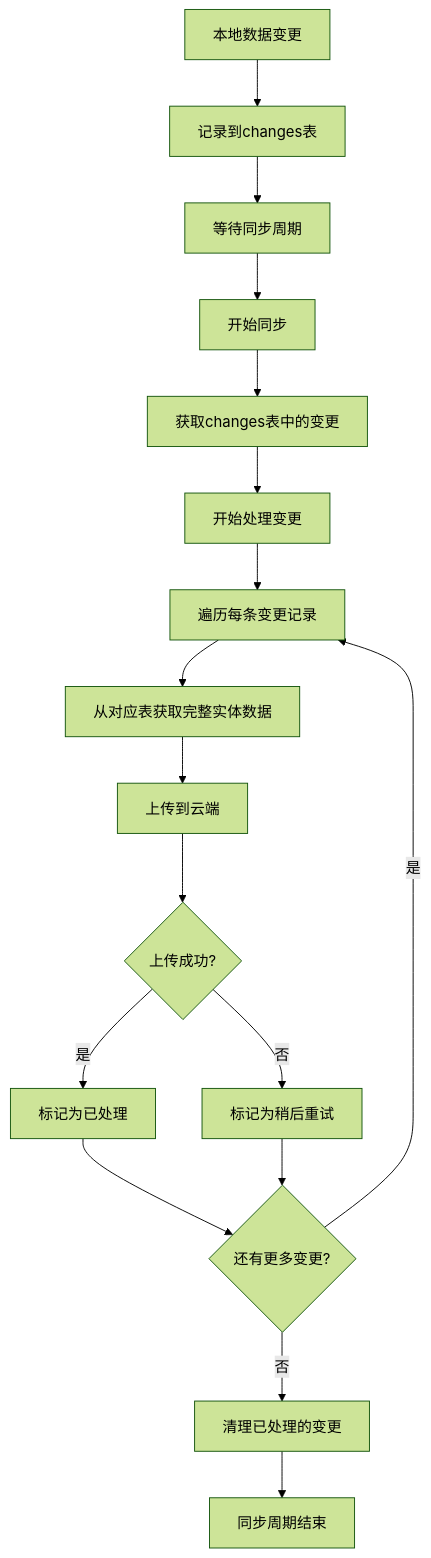
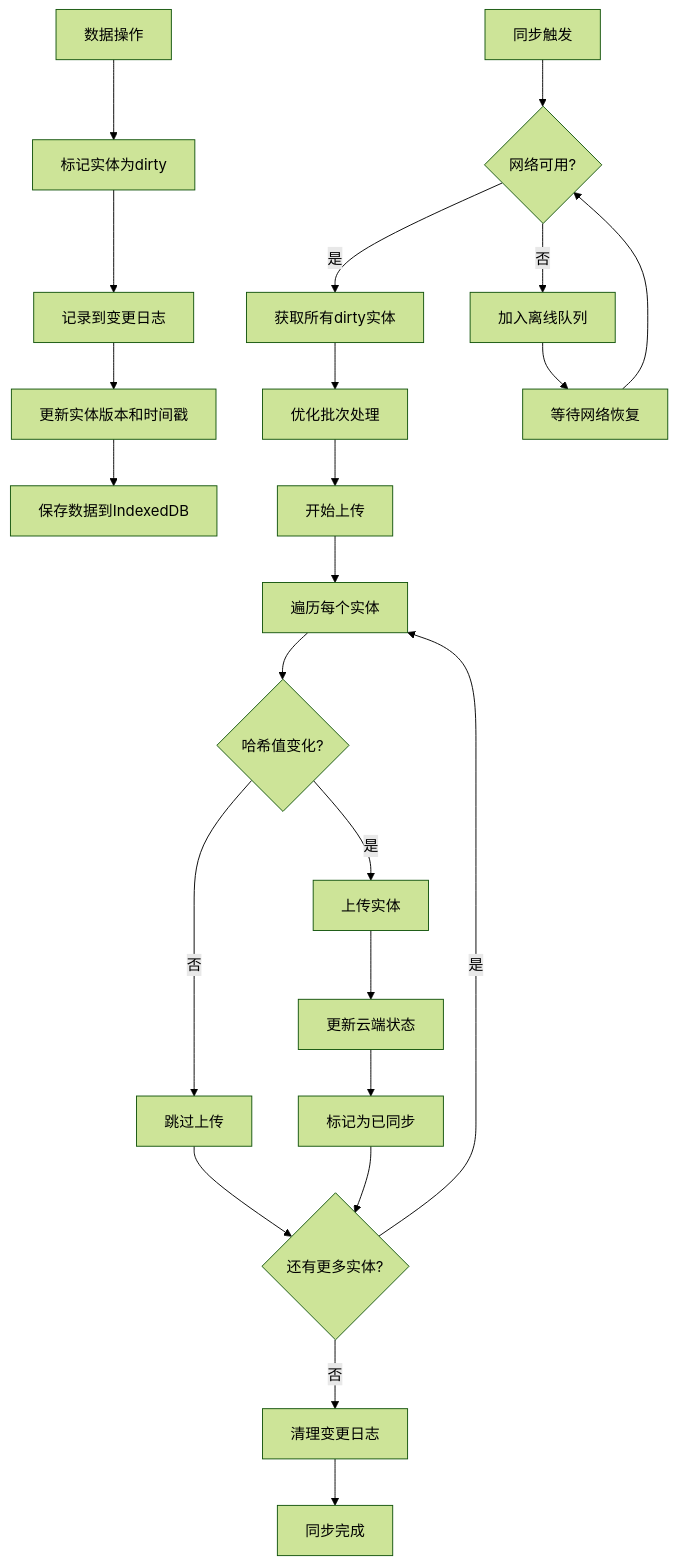
Before and after one commit to yingjianzh/iodraw-files: the diagram in all/未命名-40.md, drawn with Mermaid (forest theme).

Commit message:
2025-04-23 16:33:50 update

````diff
--- a/all/未命名-40.md
+++ b/all/未命名-40.md
@@ -1,19 +1,31 @@
 ```mermaid
 flowchart TD
-    Start[本地数据变更] --> RecordChange[记录到changes表]
-    RecordChange --> WaitSync[等待同步周期]
-    WaitSync --> SyncStart[开始同步]
-    SyncStart --> FetchChanges[获取changes表中的变更]
-    FetchChanges --> BeginSync[开始处理变更]
-    BeginSync --> ForEachChange[遍历每条变更记录]
-    ForEachChange --> FetchEntity[从对应表获取完整实体数据]
-    FetchEntity --> UploadToCloud[上传到云端]
-    UploadToCloud --> UploadSuccess{上传成功?}
-    UploadSuccess -- 是 --> MarkProcessed[标记为已处理]
-    UploadSuccess -- 否 --> RetryLater[标记为稍后重试]
-    MarkProcessed --> NextChange{还有更多变更?}
-    RetryLater --> NextChange
-    NextChange -- 是 --> ForEachChange
-    NextChange -- 否 --> CleanupProcessed[清理已处理的变更]
-    CleanupProcessed --> End[同步周期结束]
+    Start[数据操作] --> MarkDirty[标记实体为dirty]
+    MarkDirty --> RecordToJournal[记录到变更日志]
+    RecordToJournal --> UpdateEntity[更新实体版本和时间戳]
+    UpdateEntity --> SaveData[保存数据到IndexedDB]
+    
+    SyncTrigger[同步触发] --> CheckNetwork{网络可用?}
+    CheckNetwork -- 否 --> QueueForLater[加入离线队列]
+    CheckNetwork -- 是 --> FetchDirty[获取所有dirty实体]
+    
+    FetchDirty --> OptimizeBatch[优化批次处理]
+    OptimizeBatch --> StartUpload[开始上传]
+    StartUpload --> ForEachEntity[遍历每个实体]
+    ForEachEntity --> HashChanged{哈希值变化?}
+    
+    HashChanged -- 否 --> SkipUpload[跳过上传]
+    HashChanged -- 是 --> UploadEntity[上传实体]
+    UploadEntity --> UpdateCloudState[更新云端状态]
+    UpdateCloudState --> MarkSynced[标记为已同步]
+    
+    SkipUpload --> NextEntity{还有更多实体?}
+    MarkSynced --> NextEntity
+    NextEntity -- 是 --> ForEachEntity
+    NextEntity -- 否 --> CleanupJournal[清理变更日志]
+    
+    QueueForLater --> WaitForNetwork[等待网络恢复]
+    WaitForNetwork --> CheckNetwork
+    
+    CleanupJournal --> End[同步完成]
 ```
````
